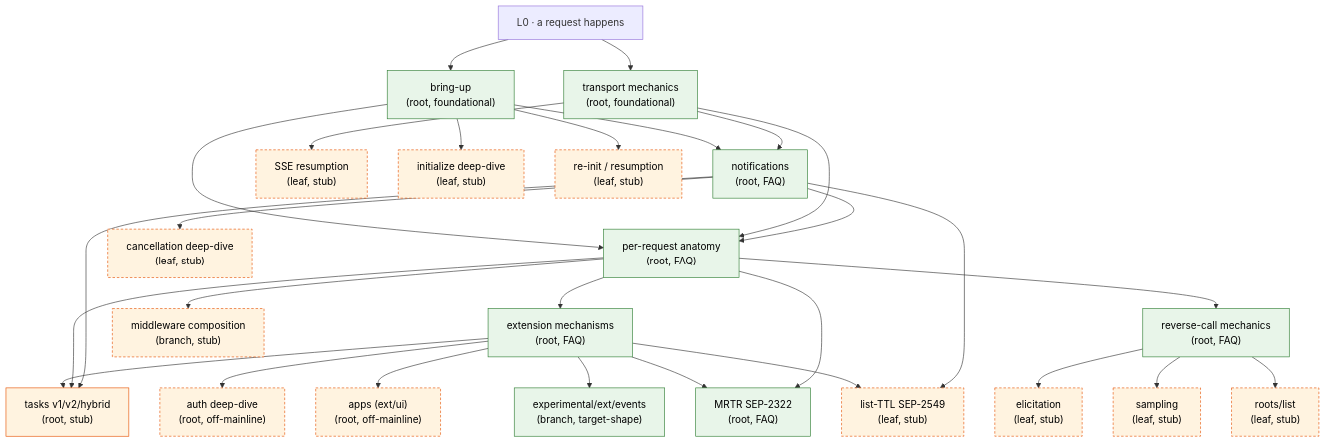
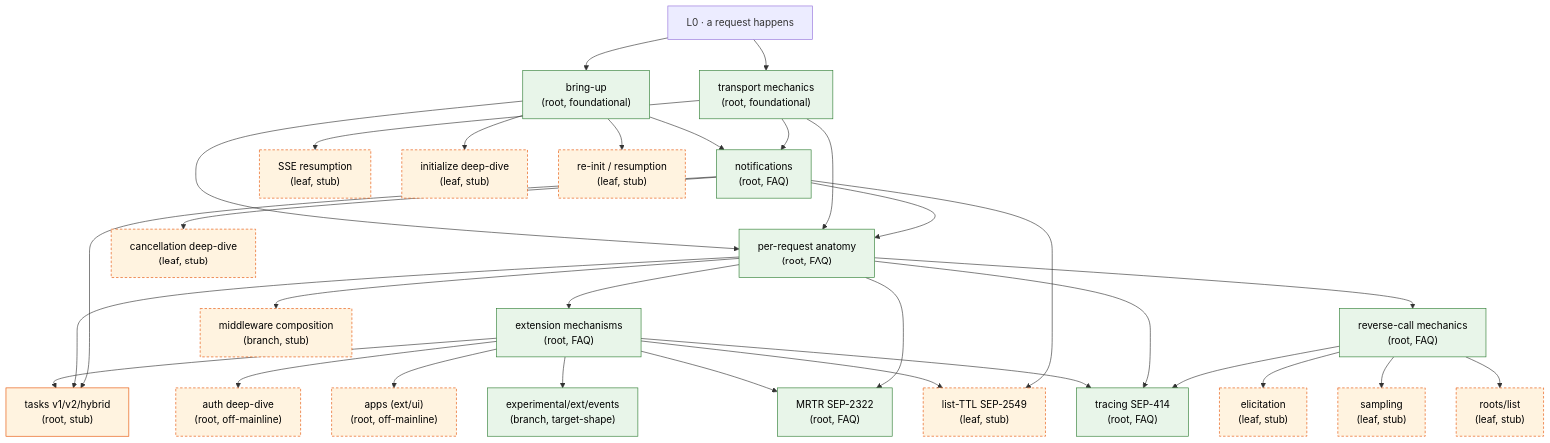
One commit to panyam/mcpkit changed the diagram in tutorials/walkthrough/INDEX.md. Above: the diagram before and after it, drawn with Mermaid. The commit also changed other lines of this file and 4 other files, not shown here.

First line of the commit message:
tutorials/walkthrough: add OTel tracing deep-dive (SEP-414)

````diff
--- a/tutorials/walkthrough/INDEX.md
+++ b/tutorials/walkthrough/INDEX.md
@@ -63,75 +64,81 @@
 ```mermaid
 graph TD
     L0[L0 · a request happens]
 
     bringup["bring-up<br/>(root, foundational)"]
     wire["transport mechanics<br/>(root, foundational)"]
     notif["notifications<br/>(root, FAQ)"]
     anat["per-request anatomy<br/>(root, FAQ)"]
     ext["extension mechanisms<br/>(root, FAQ)"]
 
     rev["reverse-call mechanics<br/>(root, FAQ)"]
     tasks["tasks v1/v2/hybrid<br/>(root, stub)"]
     auth["auth deep-dive<br/>(root, off-mainline)"]
     apps["apps (ext/ui)<br/>(root, off-mainline)"]
 
     resume["SSE resumption<br/>(leaf, stub)"]
     mw["middleware composition<br/>(branch, stub)"]
     mrtr["MRTR SEP-2322<br/>(root, FAQ)"]
     init["initialize deep-dive<br/>(leaf, stub)"]
     reinit["re-init / resumption<br/>(leaf, stub)"]
     events["experimental/ext/events<br/>(branch, target-shape)"]
     elicit["elicitation<br/>(leaf, stub)"]
     sample["sampling<br/>(leaf, stub)"]
     rootsLeaf["roots/list<br/>(leaf, stub)"]
     canceldeep["cancellation deep-dive<br/>(leaf, stub)"]
     listttl["list-TTL SEP-2549<br/>(leaf, stub)"]
+    otel["tracing SEP-414<br/>(root, FAQ)"]
 
     L0 --> bringup
     L0 --> wire
 
     bringup --> notif
     wire --> notif
     bringup --> anat
     wire --> anat
     notif --> anat
     anat --> ext
 
     ext --> tasks
     ext --> auth
     ext --> apps
     ext --> events
     ext --> mrtr
     ext --> listttl
     anat --> rev
     anat --> mw
     anat --> mrtr
     anat --> tasks
     notif --> tasks
 
     wire --> resume
     bringup --> init
     bringup --> reinit
 
     rev --> elicit
     rev --> sample
     rev --> rootsLeaf
     notif --> canceldeep
     notif --> listttl
 
+    ext --> otel
+    anat --> otel
+    rev --> otel
+
     classDef written fill:#e8f5e9,stroke:#2e7d32,color:#000;
     classDef next fill:#fff3e0,stroke:#e65100,color:#000;
     classDef stub fill:#fff3e0,stroke:#e65100,color:#000,stroke-dasharray:4 3;
-    class bringup,wire,notif,anat,ext,events,mrtr,rev written;
+    class bringup,wire,notif,anat,ext,events,mrtr,rev,otel written;
     class tasks next;
     class auth,apps,resume,mw,init,reinit,elicit,sample,rootsLeaf,canceldeep,listttl stub;
 
     click bringup "./bringup.md"
     click wire "./transport-mechanics.md"
     click notif "./notifications.md"
     click anat "./request-anatomy.md"
     click ext "./extension-mechanisms.md"
     click events "./events.md"
     click mrtr "./mrtr.md"
     click rev "./reverse-call.md"
+    click otel "./otel.md"
 ```
````
